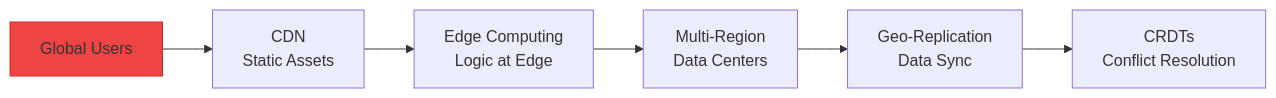
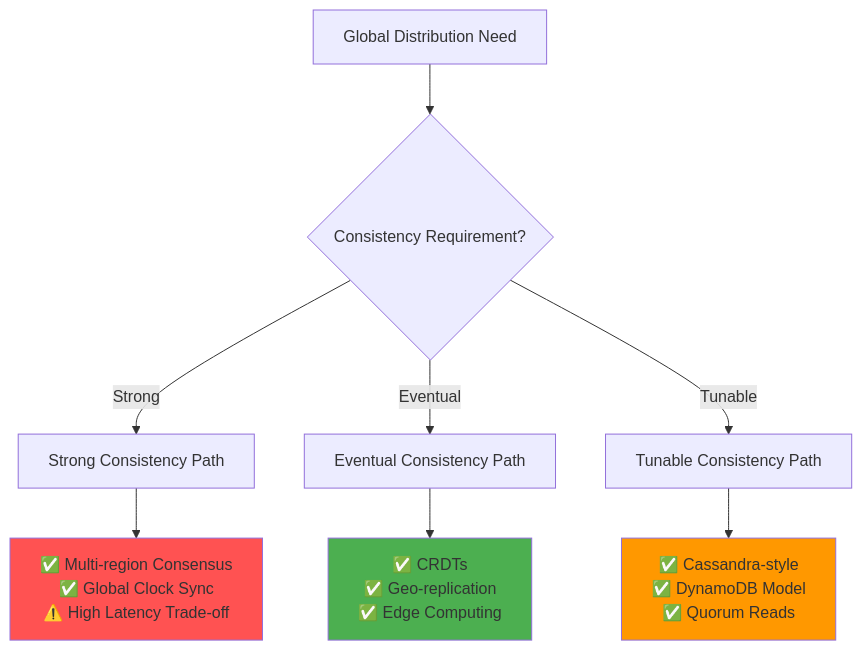
The fifth of 6 diagrams in docs/patterns/pattern-selector-tool.md (deepaucksharma/DStudio), drawn with Mermaid before and after one commit. The commit also changed other lines of this file and 86 other files, not shown here.

````diff
--- a/docs/patterns/pattern-selector-tool.md
+++ b/docs/patterns/pattern-selector-tool.md
@@ -281,11 +185,16 @@
 ```mermaid
-graph LR
-    User[Global Users] --> CDN[CDN<br/>Static Assets]
-    CDN --> Edge[Edge Computing<br/>Logic at Edge]
-    Edge --> Region[Multi-Region<br/>Data Centers]
+graph TD
+    Global[Global Distribution Need] --> Consistency{Consistency Requirement?}
     
-    Region --> Geo[Geo-Replication<br/>Data Sync]
-    Geo --> CRDT[CRDTs<br/>Conflict Resolution]
+    Consistency -->|Strong| Strong[Strong Consistency Path]
+    Consistency -->|Eventual| Eventual[Eventual Consistency Path]
+    Consistency -->|Tunable| Tunable[Tunable Consistency Path]
     
-    style User fill:#ef4444,stroke:#dc2626
+    Strong --> StrongRec[✅ Multi-region Consensus<br/>✅ Global Clock Sync<br/>⚠️ High Latency Trade-off]
+    Eventual --> EventualRec[✅ CRDTs<br/>✅ Geo-replication<br/>✅ Edge Computing]
+    Tunable --> TunableRec[✅ Cassandra-style<br/>✅ DynamoDB Model<br/>✅ Quorum Reads]
+    
+    style StrongRec fill:#FF5252
+    style EventualRec fill:#4CAF50
+    style TunableRec fill:#FF9800
 ```
````
